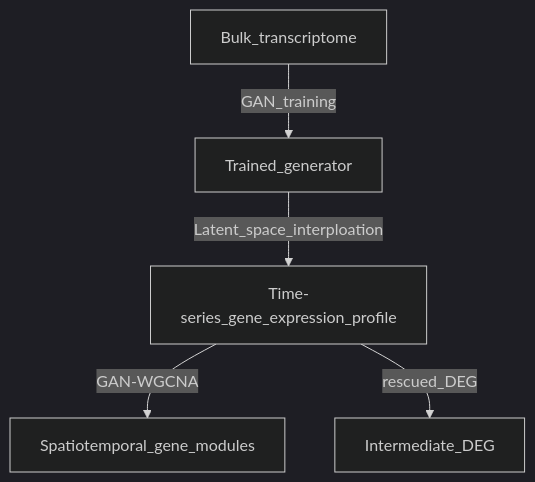
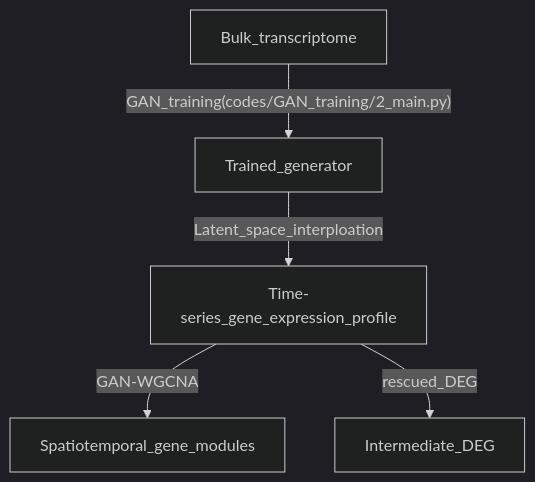
One commit to baicalin/GAN-WGCNA changed the diagram in README.md. Above: the diagram before and after it, drawn with Mermaid (dark theme).

````diff
--- a/README.md
+++ b/README.md
@@ -6,8 +6,8 @@
 ```mermaid
 graph TD;
-    Bulk_transcriptome -- GAN_training --> Trained_generator
+    Bulk_transcriptome -- "GAN_training(codes/GAN_training/2_main.py)" --> Trained_generator
     Trained_generator -- Latent_space_interploation --> Time-series_gene_expression_profile;
     Time-series_gene_expression_profile -- GAN-WGCNA --> Spatiotemporal_gene_modules;
     Time-series_gene_expression_profile -- rescued_DEG --> Intermediate_DEG;
 
 ```
````
